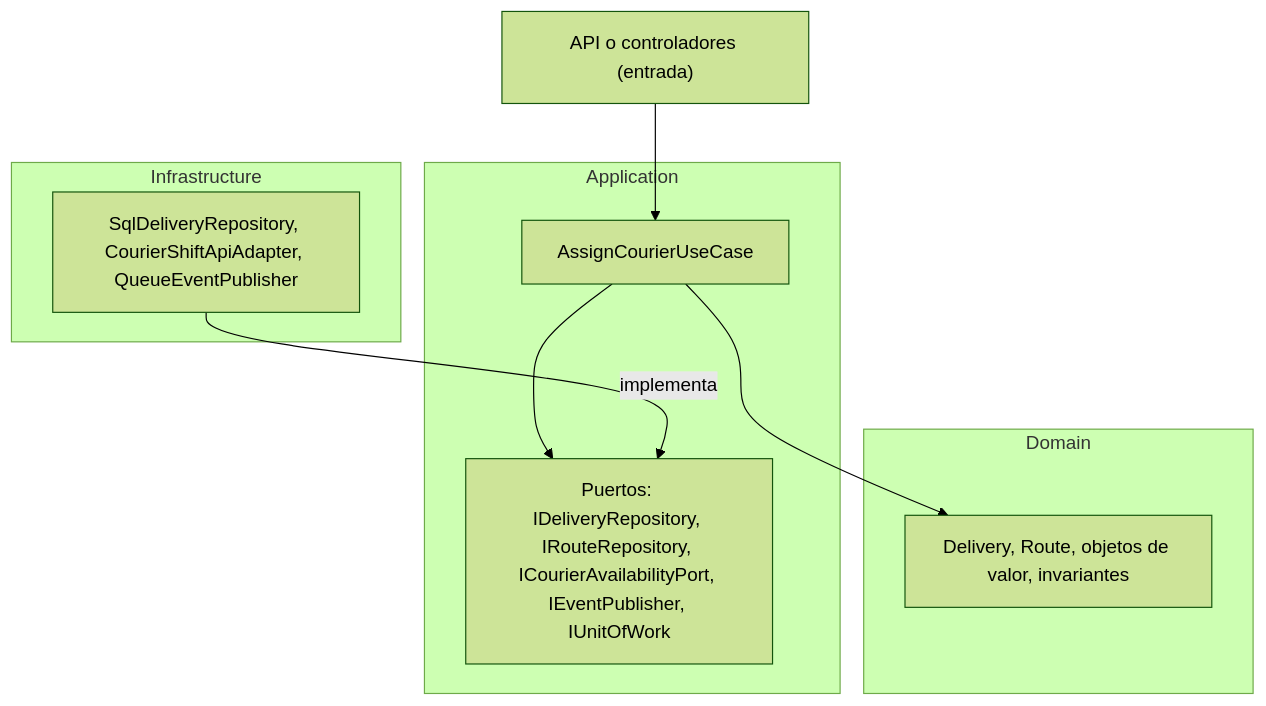
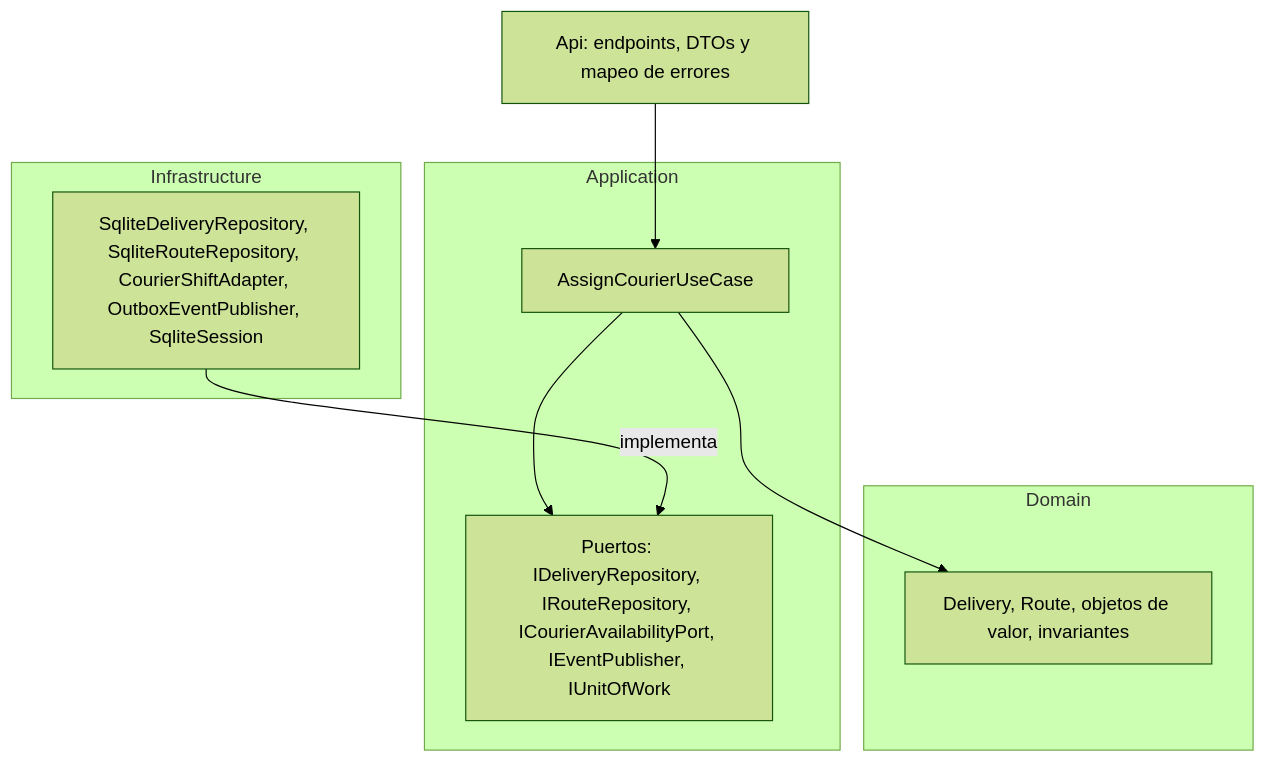
One commit to Jocastrore/lastmile-hub-arquitectura changed the second of 2 diagrams in README.md. Above: the diagram before and after it, drawn with Mermaid (forest theme). The commit also changed other lines of this file and 1 other file, not shown here.

````diff
--- a/README.md
+++ b/README.md
@@ -80,18 +75,18 @@
 ```mermaid
 flowchart TB
-    API["API o controladores (entrada)"]
+    API["Api: endpoints, DTOs y mapeo de errores"]
     subgraph Application["Application"]
         UC["AssignCourierUseCase"]
         Puertos["Puertos: IDeliveryRepository, IRouteRepository, ICourierAvailabilityPort, IEventPublisher, IUnitOfWork"]
     end
     subgraph Domain["Domain"]
         Entidades["Delivery, Route, objetos de valor, invariantes"]
     end
     subgraph Infrastructure["Infrastructure"]
-        Adaptadores["SqlDeliveryRepository, CourierShiftApiAdapter, QueueEventPublisher"]
+        Adaptadores["SqliteDeliveryRepository, SqliteRouteRepository, CourierShiftAdapter, OutboxEventPublisher, SqliteSession"]
     end
     API --> UC
     UC --> Entidades
     UC --> Puertos
     Adaptadores -->|"implementa"| Puertos
 ```
````
